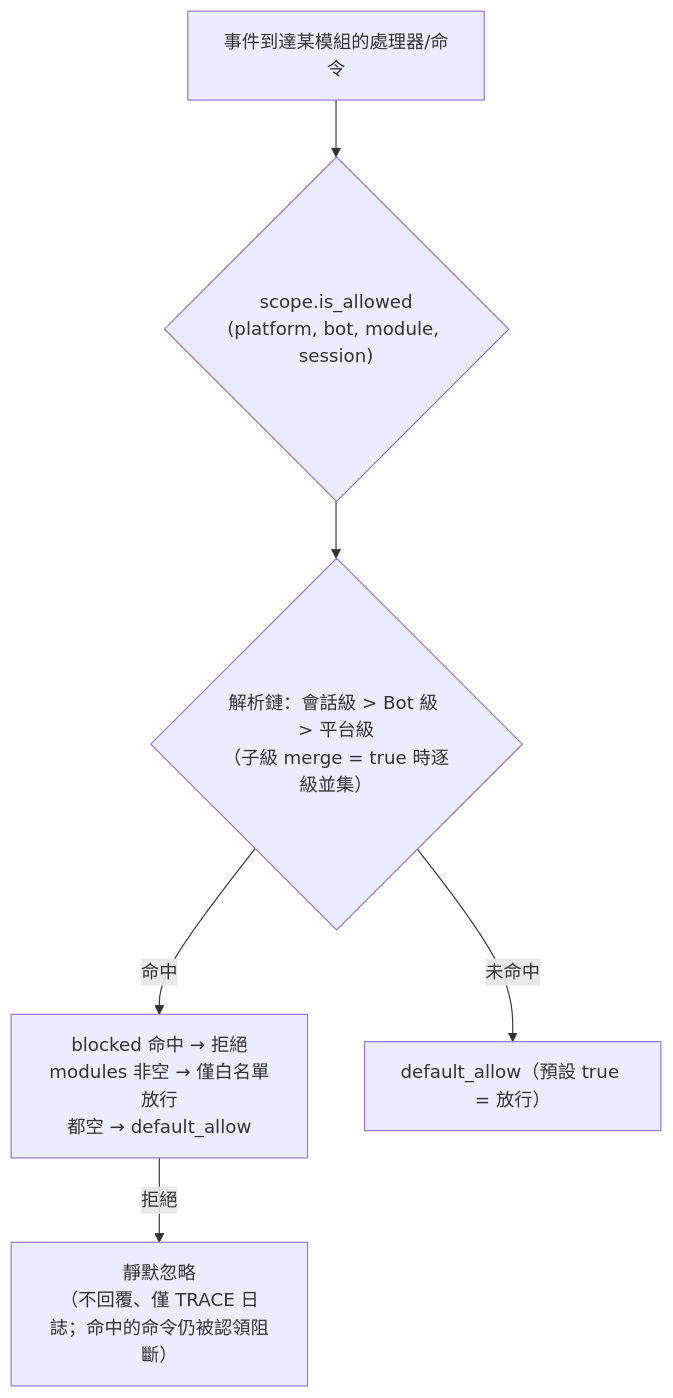
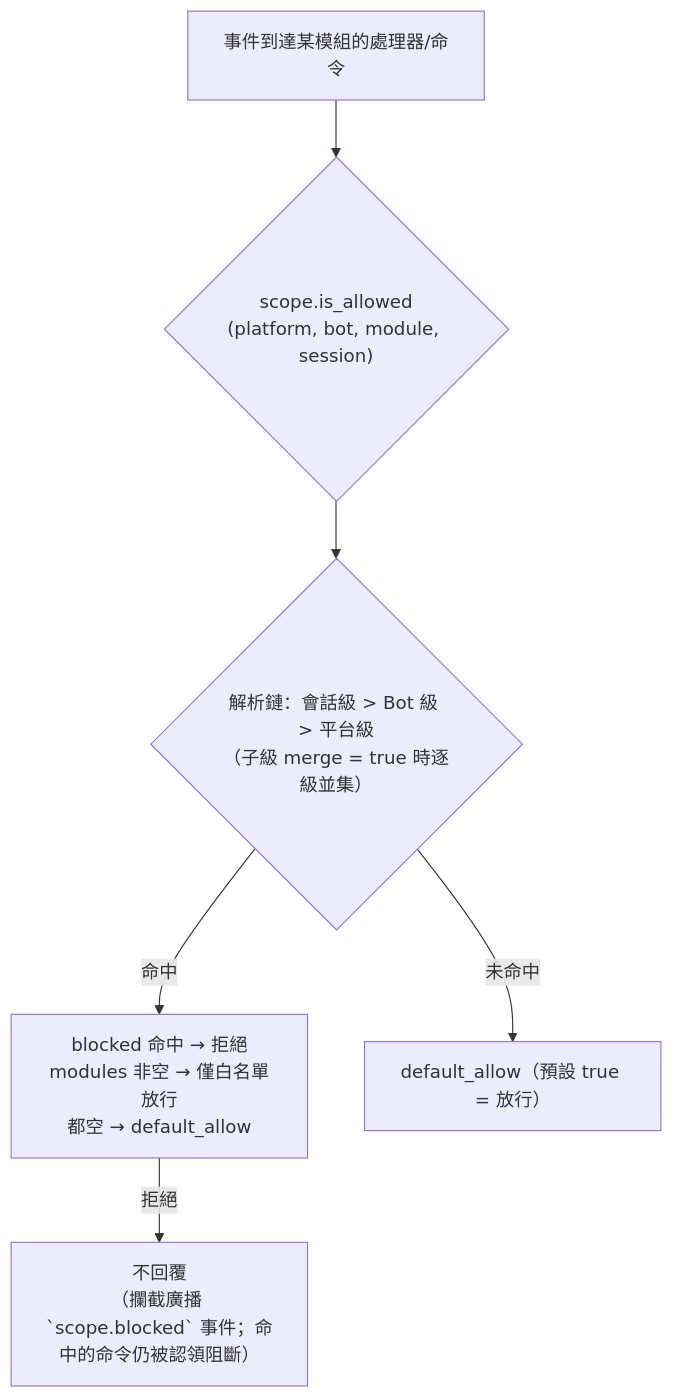
The diagram in docs/zh-TW/advanced/scope.md (ErisPulse/ErisPulse), drawn with Mermaid before and after one commit. The commit also changed other lines of this file and 23 other files, not shown here.

````diff
--- a/docs/zh-TW/advanced/scope.md
+++ b/docs/zh-TW/advanced/scope.md
@@ -105,8 +105,8 @@
 ```mermaid
 flowchart TD
     A["事件到達某模組的處理器/命令"] --> B{"scope.is_allowed<br/>(platform, bot, module, session)"}
     B --> C{"解析鏈：會話級 > Bot 級 > 平台級<br/>（子級 merge = true 時逐級並集）"}
     C -->|"命中"| D["blocked 命中 → 拒絕<br/>modules 非空 → 僅白名單放行<br/>都空 → default_allow"]
     C -->|"未命中"| E["default_allow（預設 true = 放行）"]
-    D -->|"拒絕"| Z["靜默忽略<br/>（不回覆、僅 TRACE 日誌；命中的命令仍被認領阻斷）"]
+    D -->|"拒絕"| Z["不回覆<br/>（攔截廣播 `scope.blocked` 事件；命中的命令仍被認領阻斷）"]
 ```
````
